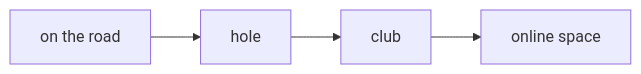
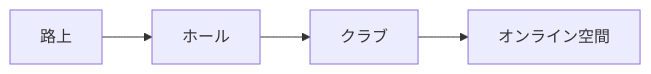
The third of 3 diagrams in en/_posts/2026-02-06-column-music-urban-space.md (monumental-movement/monumental-movement.github.io), drawn with Mermaid before and after one commit. The commit also changed other lines of this file and 775 other files, not shown here.

```diff
--- a/en/_posts/2026-02-06-column-music-urban-space.md
+++ b/en/_posts/2026-02-06-column-music-urban-space.md
@@ -213,6 +212,6 @@
 <div class="mermaid">
 flowchart LR
-A[on the road] --> B[hole]
-B --> C[club]
-C --> D[online space]
+A[路上] --> B[ホール]
+B --> C[クラブ]
+C --> D[オンライン空間]
 </div>
```
